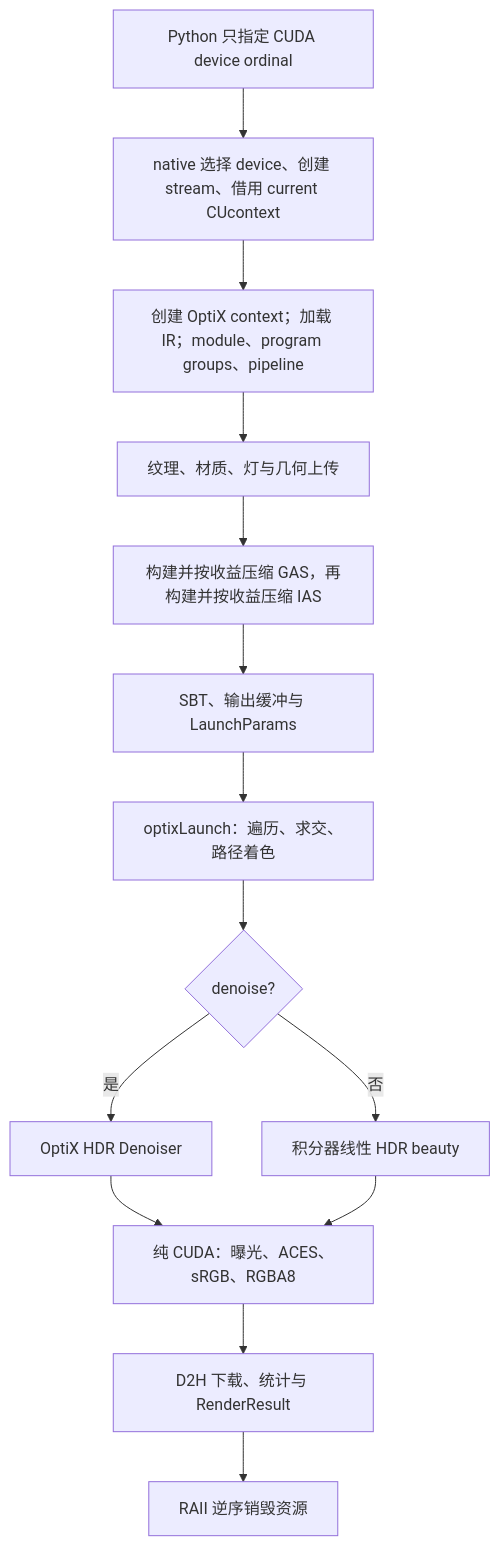
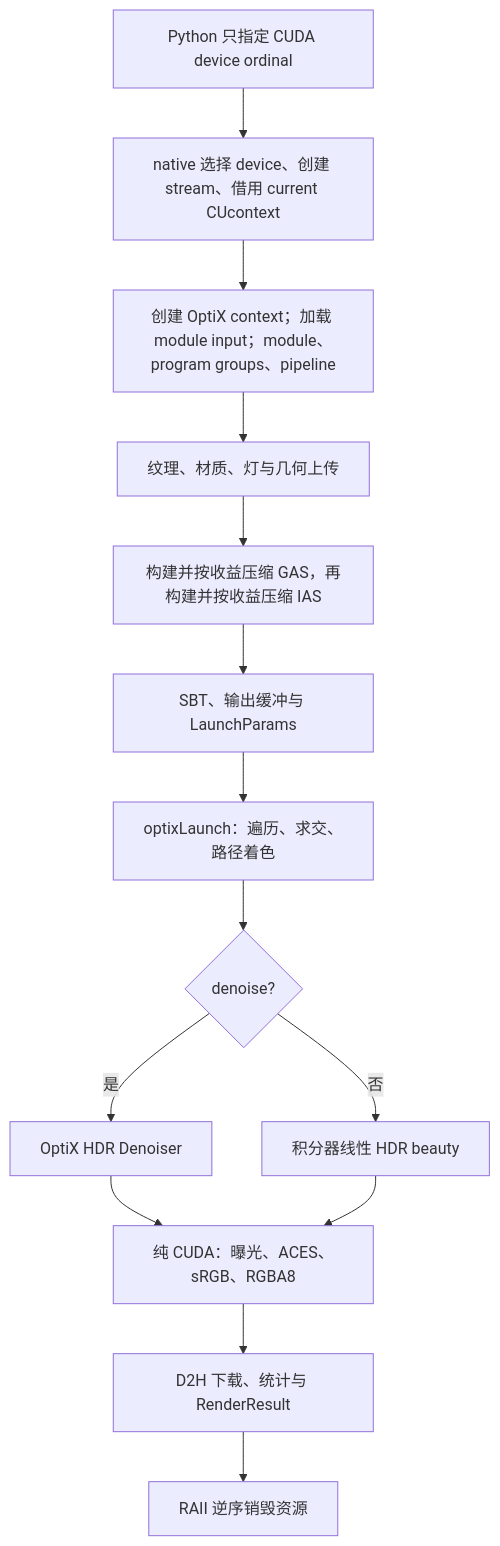
The second of 2 diagrams in docs/technical-report/08-optix-gpu-implementation.md (goooxu/SpectralDock), drawn with Mermaid before and after one commit. The commit also changed other lines of this file and 44 other files, not shown here.

```diff
--- a/docs/technical-report/08-optix-gpu-implementation.md
+++ b/docs/technical-report/08-optix-gpu-implementation.md
@@ -33,16 +33,16 @@
 ~~~mermaid
 flowchart TD
     A["Python 只指定 CUDA device ordinal"] --> B["native 选择 device、创建 stream、借用 current CUcontext"]
-    B --> C["创建 OptiX context；加载 IR；module、program groups、pipeline"]
+    B --> C["创建 OptiX context；加载 module input；module、program groups、pipeline"]
     C --> D["纹理、材质、灯与几何上传"]
     D --> E["构建并按收益压缩 GAS，再构建并按收益压缩 IAS"]
     E --> F["SBT、输出缓冲与 LaunchParams"]
     F --> G["optixLaunch：遍历、求交、路径着色"]
     G --> H{"denoise?"}
     H -->|"是"| I["OptiX HDR Denoiser"]
     H -->|"否"| J["积分器线性 HDR beauty"]
     I --> K["纯 CUDA：曝光、ACES、sRGB、RGBA8"]
     J --> K
     K --> L["D2H 下载、统计与 RenderResult"]
     L --> M["RAII 逆序销毁资源"]
 ~~~
```
